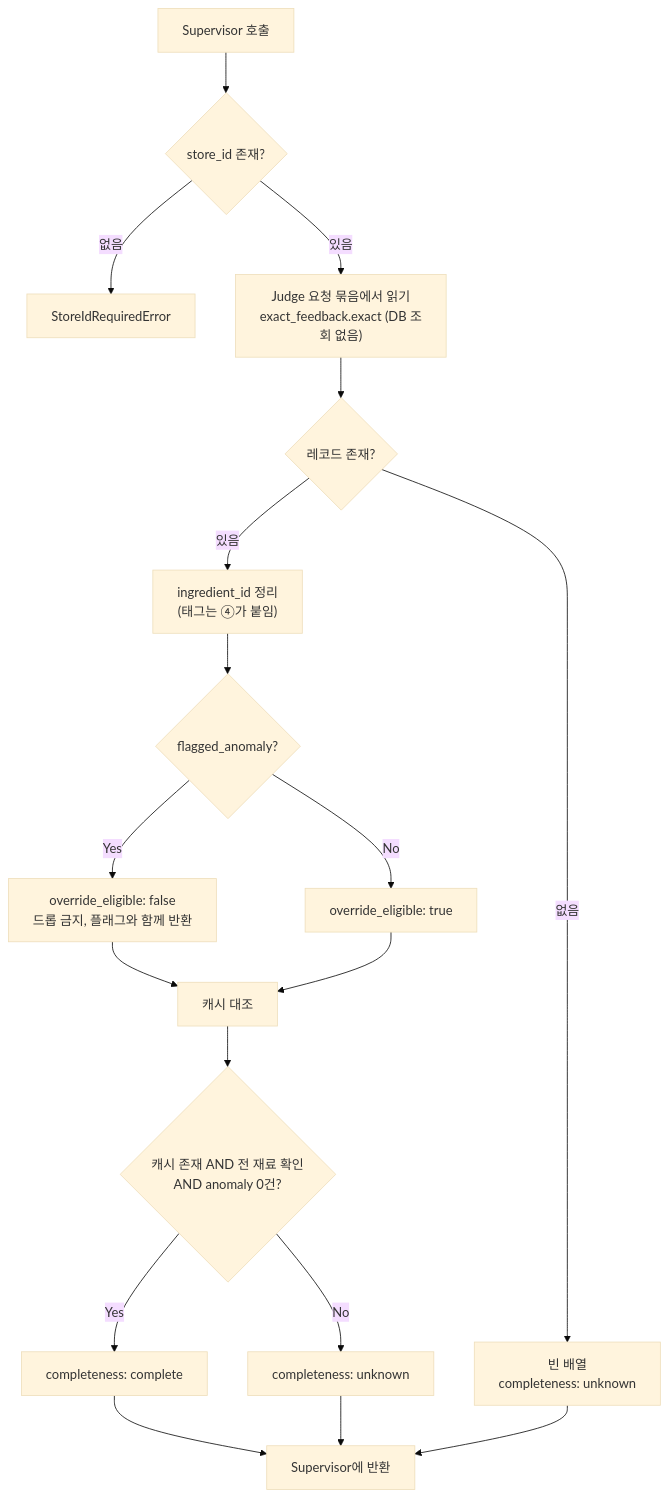
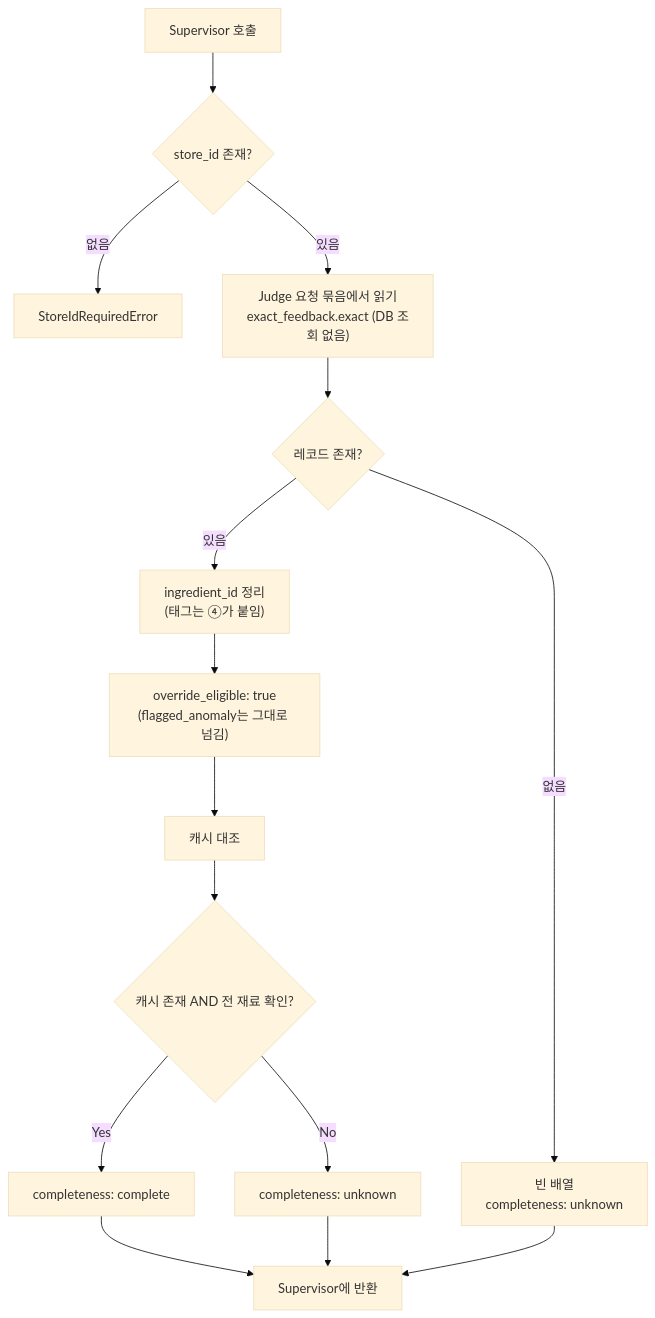
The diagram in docs/3-tool-exact.md (Han-Spoon/ai), drawn with Mermaid (base theme) before and after one commit. The commit also changed other lines of this file and 3 other files, not shown here.

````diff
--- a/docs/3-tool-exact.md
+++ b/docs/3-tool-exact.md
@@ -155,20 +151,17 @@
 ```mermaid
 flowchart TD
     S[Supervisor 호출] --> V{store_id 존재?}
     V -->|없음| ERR[StoreIdRequiredError]
     V -->|있음| Q["Judge 요청 묶음에서 읽기<br/>exact_feedback.exact (DB 조회 없음)"]
     Q --> N{레코드 존재?}
     N -->|없음| E["빈 배열<br/>completeness: unknown"]
     N -->|있음| TG["ingredient_id 정리<br/>(태그는 ④가 붙임)"]
-    TG --> A{"flagged_anomaly?"}
-    A -->|Yes| MARK["override_eligible: false<br/>드롭 금지, 플래그와 함께 반환"]
-    A -->|No| OK["override_eligible: true"]
-    MARK --> C[캐시 대조]
-    OK --> C
-    C --> CP{"캐시 존재 AND 전 재료 확인<br/>AND anomaly 0건?"}
+    TG --> OK["override_eligible: true<br/>(flagged_anomaly는 그대로 넘김)"]
+    OK --> C[캐시 대조]
+    C --> CP{"캐시 존재 AND 전 재료 확인?"}
     CP -->|Yes| COMP["completeness: complete"]
     CP -->|No| UNK["completeness: unknown"]
     COMP --> OUT[Supervisor에 반환]
     UNK --> OUT
     E --> OUT
 ```
````
